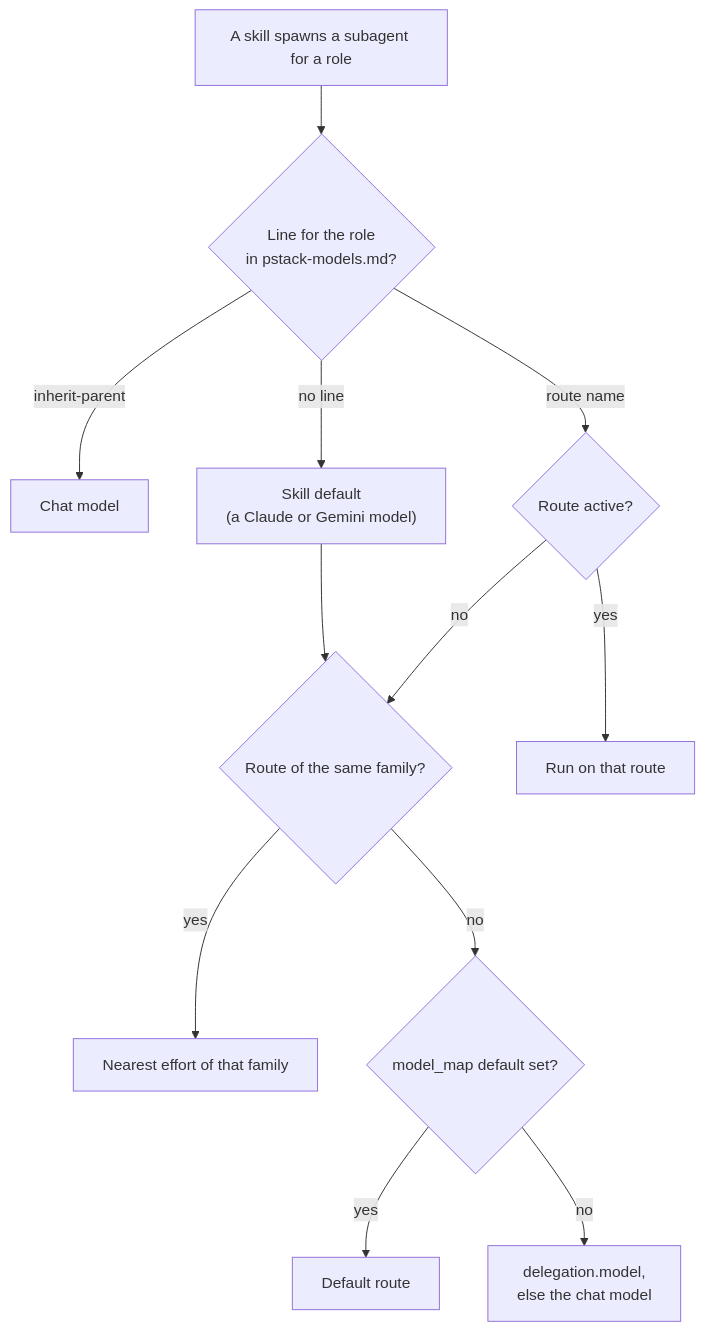
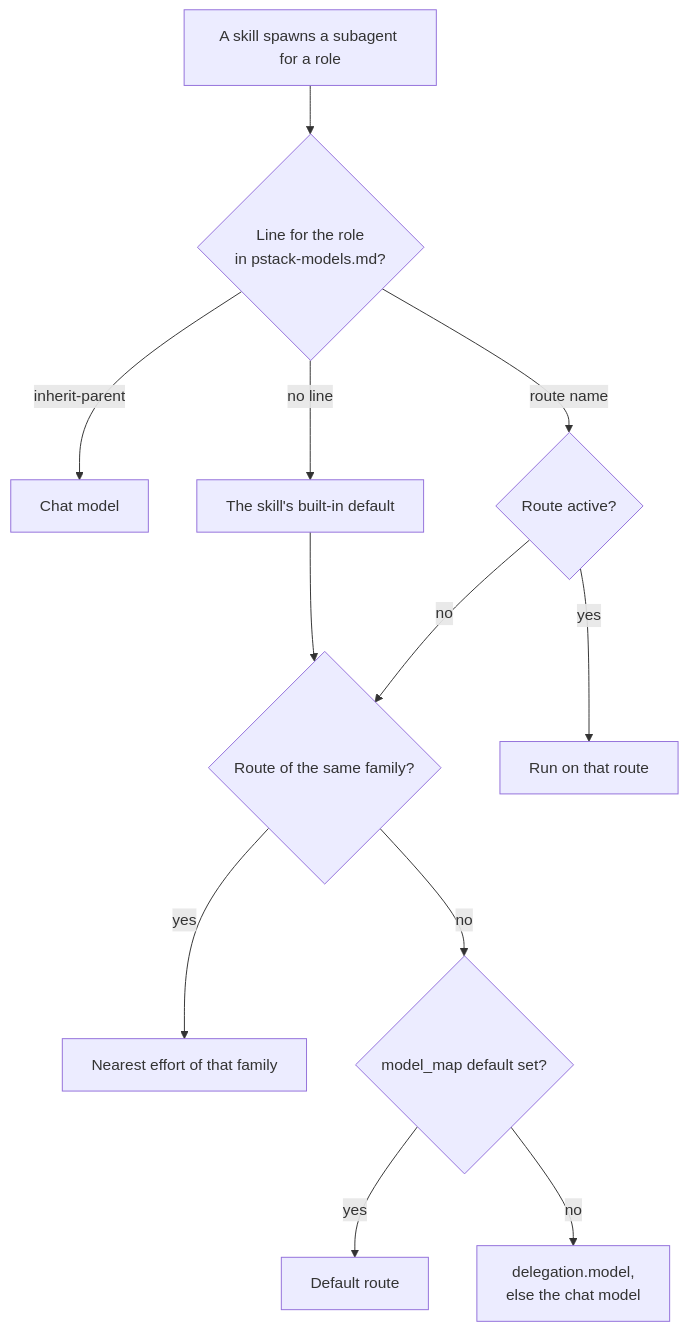
One commit to Trisert/pstacky changed the second of 2 diagrams in README.md. Above: the diagram before and after it, drawn with Mermaid. The commit also changed other lines of this file and 1 other file, not shown here.

````diff
--- a/README.md
+++ b/README.md
@@ -139,14 +142,14 @@
 ```mermaid
 flowchart TD
     R["A skill spawns a subagent for a role"] --> L{"Line for the role<br/>in pstack-models.md?"}
     L -- "inherit-parent" --> P["Chat model"]
     L -- "route name" --> X{"Route active?"}
-    L -- "no line" --> D["Skill default<br/>(a Claude or Gemini model)"]
+    L -- "no line" --> D["The skill's built-in default"]
     D --> F{"Route of the same family?"}
     X -- yes --> U["Run on that route"]
     X -- no --> F
     F -- yes --> U2["Nearest effort of that family"]
     F -- no --> M{"model_map default set?"}
     M -- yes --> DR["Default route"]
     M -- no --> DM["delegation.model,<br/>else the chat model"]
 ```
````
